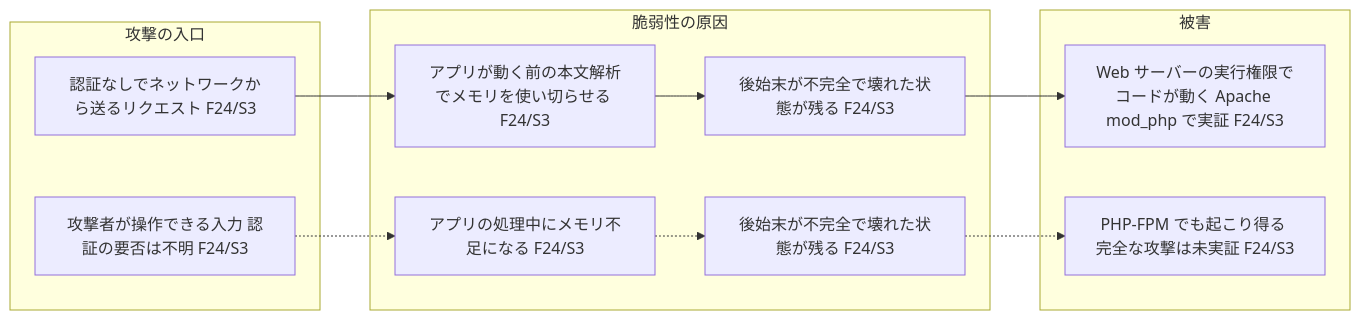
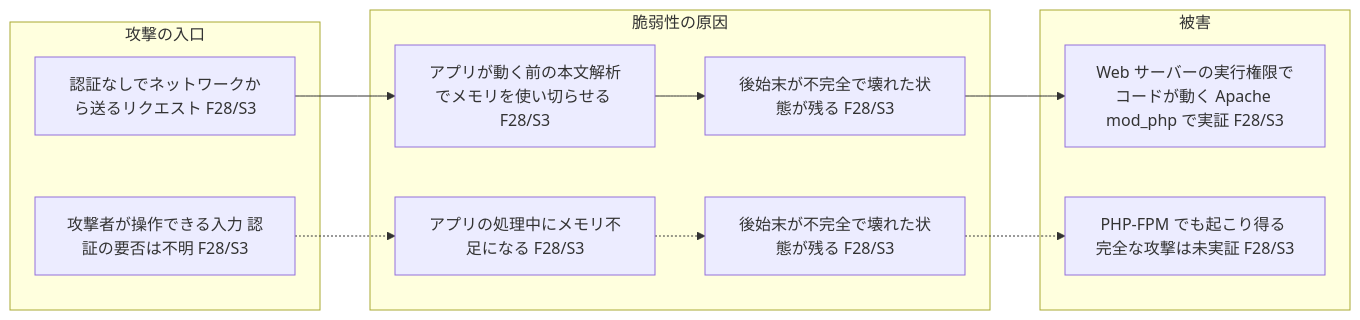
One commit to hidetzu/vulnograph changed the diagram in examples/CVE-2026-109618/overview.mmd. Above: the diagram before and after it, drawn with Mermaid. The commit also changed 11 other files, not shown here.

```diff
--- a/examples/CVE-2026-109618/overview.mmd
+++ b/examples/CVE-2026-109618/overview.mmd
@@ -1,21 +1,21 @@
 flowchart LR
   subgraph IN["攻撃の入口"]
-    A["認証なしでネットワークから送るリクエスト F24/S3"]
-    B["攻撃者が操作できる入力 認証の要否は不明 F24/S3"]
+    A["認証なしでネットワークから送るリクエスト F28/S3"]
+    B["攻撃者が操作できる入力 認証の要否は不明 F28/S3"]
   end
   subgraph CAUSE["脆弱性の原因"]
-    C["アプリが動く前の本文解析でメモリを使い切らせる F24/S3"]
-    D["後始末が不完全で壊れた状態が残る F24/S3"]
-    E["アプリの処理中にメモリ不足になる F24/S3"]
-    F["後始末が不完全で壊れた状態が残る F24/S3"]
+    C["アプリが動く前の本文解析でメモリを使い切らせる F28/S3"]
+    D["後始末が不完全で壊れた状態が残る F28/S3"]
+    E["アプリの処理中にメモリ不足になる F28/S3"]
+    F["後始末が不完全で壊れた状態が残る F28/S3"]
   end
   subgraph HARM["被害"]
-    G["Web サーバーの実行権限でコードが動く Apache mod_php で実証 F24/S3"]
-    H["PHP-FPM でも起こり得る 完全な攻撃は未実証 F24/S3"]
+    G["Web サーバーの実行権限でコードが動く Apache mod_php で実証 F28/S3"]
+    H["PHP-FPM でも起こり得る 完全な攻撃は未実証 F28/S3"]
   end
   A --> C
   C --> D
   D --> G
   B -.-> E
   E -.-> F
   F -.-> H
```
